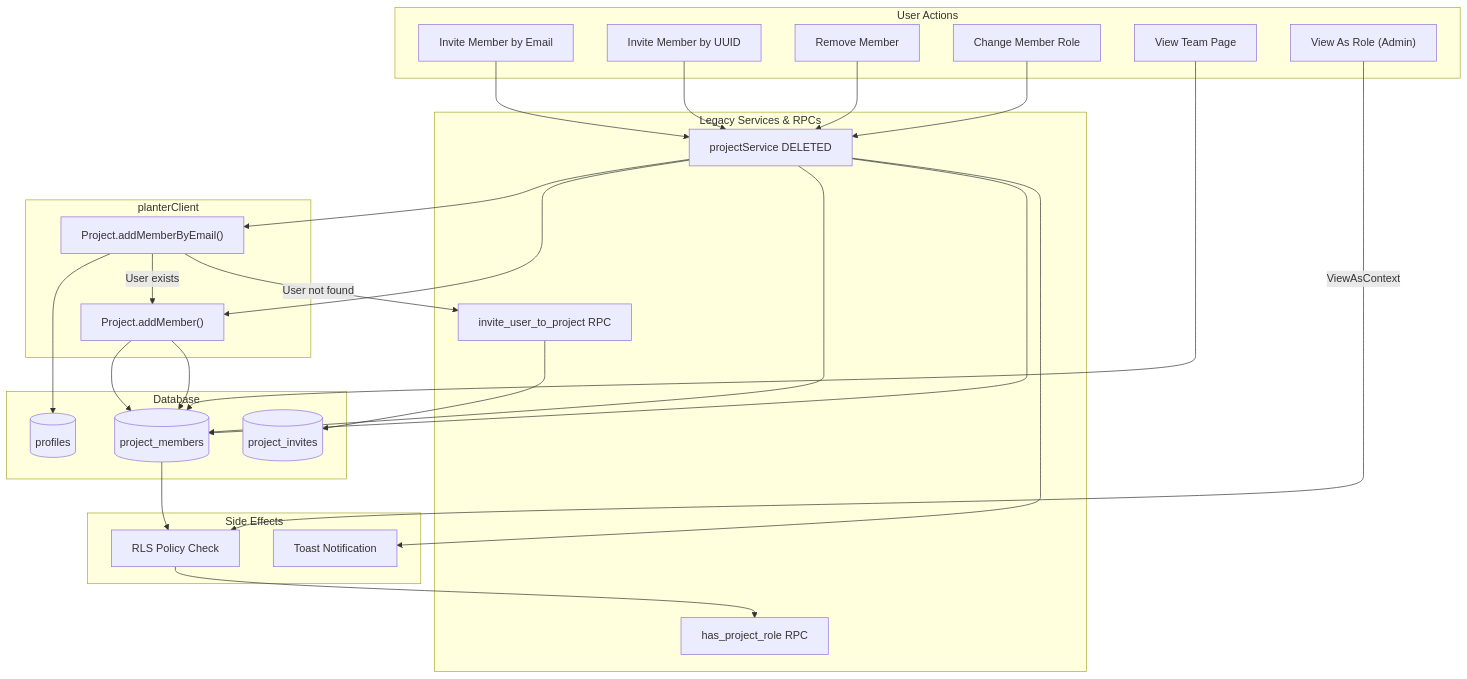
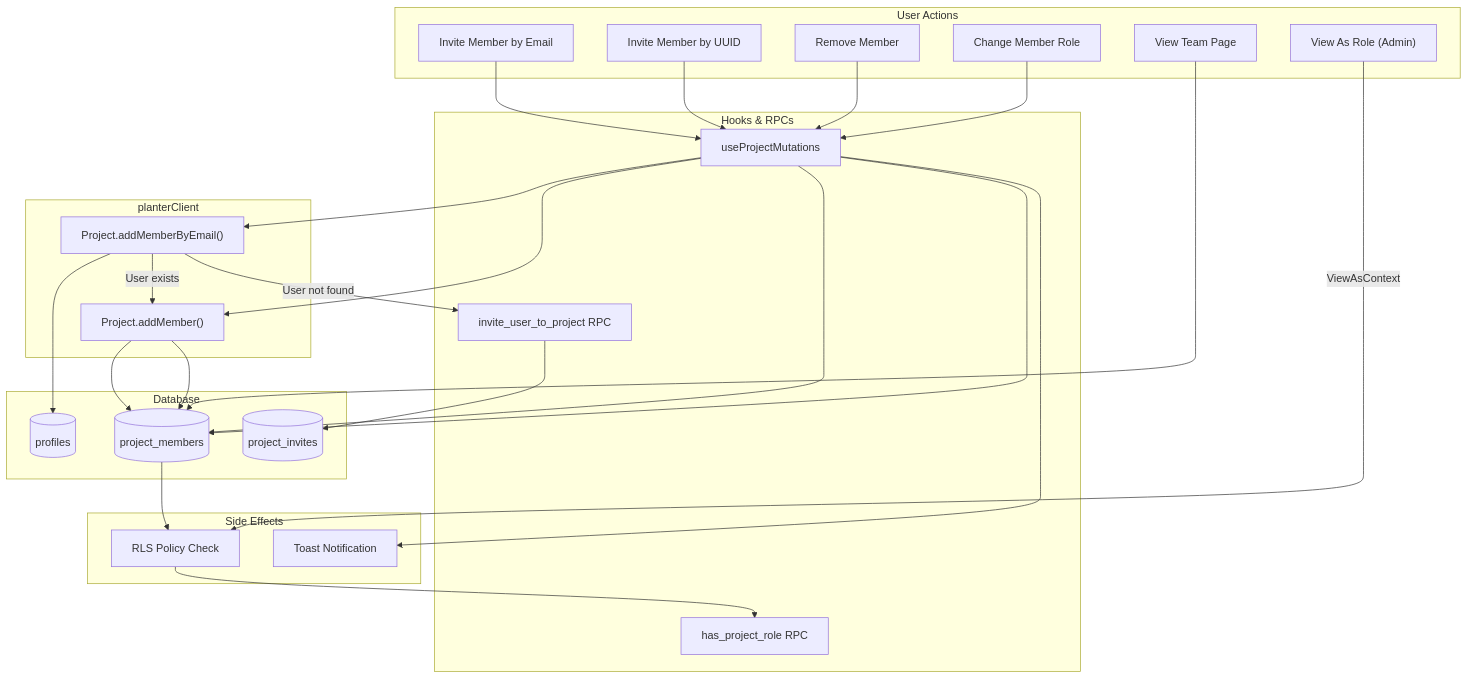
Before and after one commit to JoelA510/PlanterPlan-Alpha: the fifth of 10 diagrams in .ai-ignore/docs/PROJECT_MIND_MAP.md, drawn with Mermaid. The commit also changed other lines of this file and 5 other files, not shown here.

Commit message:
docs: finalize Wave 15 recap and comprehensive architecture updates

````diff
--- a/.ai-ignore/docs/PROJECT_MIND_MAP.md
+++ b/.ai-ignore/docs/PROJECT_MIND_MAP.md
@@ -488,47 +484,47 @@
 ```mermaid
 flowchart TD
     subgraph "User Actions"
         M1[Invite Member by Email]
         M2[Invite Member by UUID]
         M3[Remove Member]
         M4[Change Member Role]
         M5[View Team Page]
         M6["View As Role (Admin)"]
     end
 
-    subgraph "Legacy Services & RPCs"
-        PS2[projectService DELETED]
+    subgraph "Hooks & RPCs"
+        HM[useProjectMutations]
         RPC2["invite_user_to_project RPC"]
         RPC3["has_project_role RPC"]
     end
 
     subgraph "planterClient"
         PC_AM["Project.addMember()"]
         PC_AME["Project.addMemberByEmail()"]
     end
 
     subgraph "Database"
         DB_PM2[(project_members)]
         DB_PI[(project_invites)]
         DB_PROF[(profiles)]
     end
 
     subgraph "Side Effects"
         RLS[RLS Policy Check]
         TOAST[Toast Notification]
     end
 
-    M1 --> PS2 --> PC_AME --> DB_PROF
+    M1 --> HM --> PC_AME --> DB_PROF
     PC_AME -->|User exists| PC_AM --> DB_PM2
     PC_AME -->|User not found| RPC2 --> DB_PI
 
-    M2 --> PS2 --> PC_AM --> DB_PM2
-    M3 --> PS2 --> DB_PM2
-    M4 --> PS2 --> DB_PM2
+    M2 --> HM --> PC_AM --> DB_PM2
+    M3 --> HM --> DB_PM2
+    M4 --> HM --> DB_PM2
 
     DB_PM2 --> RLS --> RPC3
-    PS2 --> TOAST
+    HM --> TOAST
 
     M5 --> DB_PM2
     M6 -->|ViewAsContext| RLS
 ```
````
